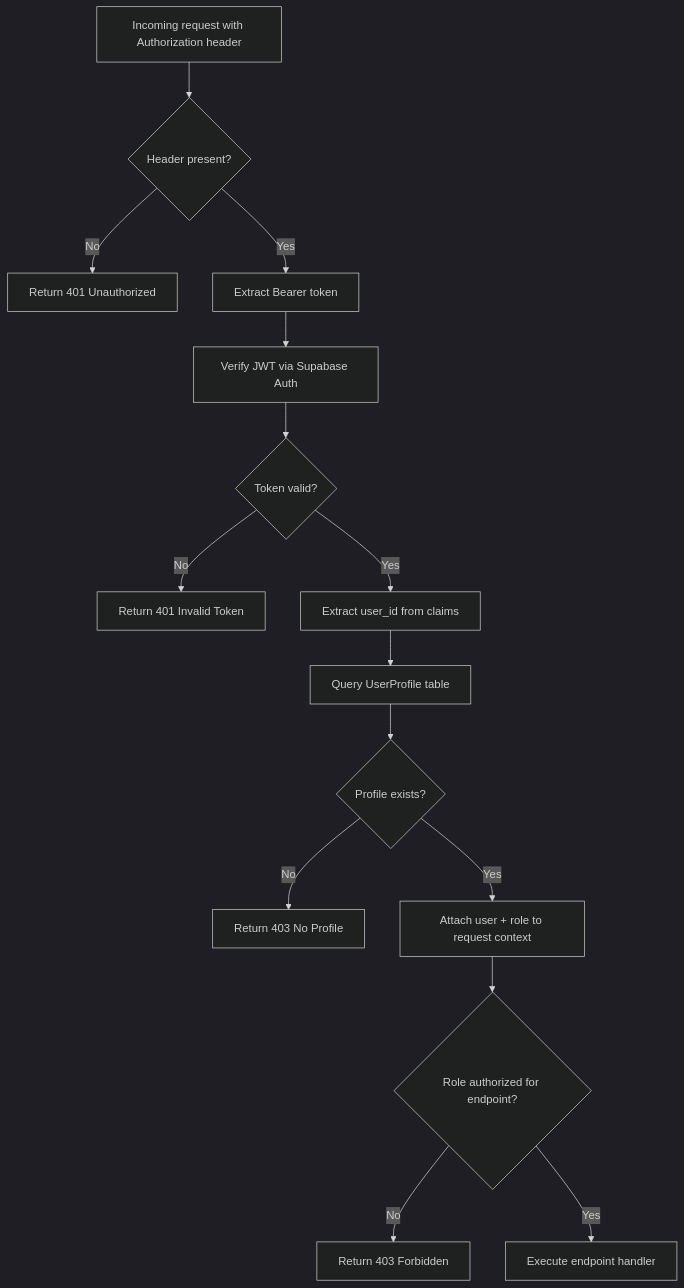
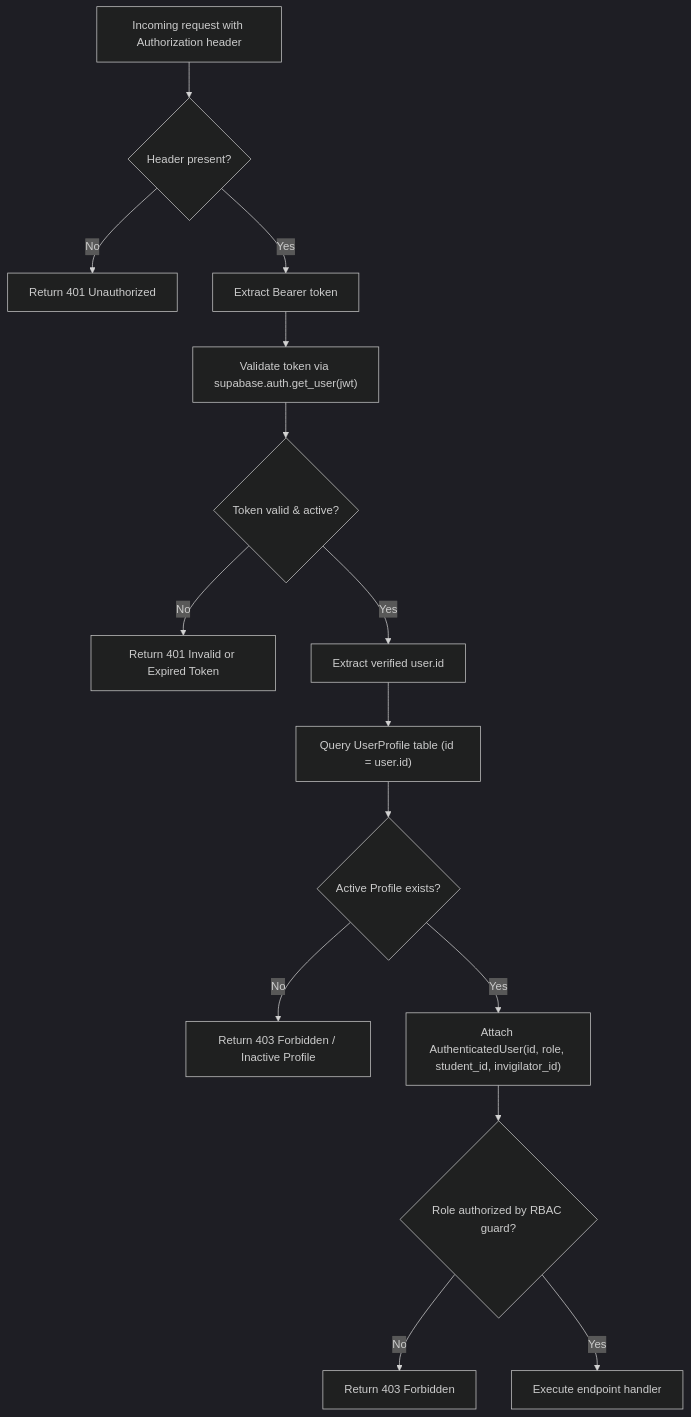
The third of 12 diagrams in docs/architecture.md (bogavivek15/ExamOps), drawn with Mermaid (dark theme) before and after one commit. The commit also changed other lines of this file and 25 other files, not shown here.

Commit message:
feat(phase-0): finalize architecture contracts, reconcile 26 entities, and establish autopilot memory

````diff
--- a/docs/architecture.md
+++ b/docs/architecture.md
@@ -375,17 +369,17 @@
 ```mermaid
 flowchart TD
     A["Incoming request with Authorization header"] --> B{"Header present?"}
     B -->|No| C["Return 401 Unauthorized"]
     B -->|Yes| D["Extract Bearer token"]
-    D --> E["Verify JWT via Supabase Auth"]
-    E --> F{"Token valid?"}
-    F -->|No| G["Return 401 Invalid Token"]
-    F -->|Yes| H["Extract user_id from claims"]
-    H --> I["Query UserProfile table"]
-    I --> J{"Profile exists?"}
-    J -->|No| K["Return 403 No Profile"]
-    J -->|Yes| L["Attach user + role to request context"]
-    L --> M{"Role authorized for endpoint?"}
+    D --> E["Validate token via supabase.auth.get_user(jwt)"]
+    E --> F{"Token valid & active?"}
+    F -->|No| G["Return 401 Invalid or Expired Token"]
+    F -->|Yes| H["Extract verified user.id"]
+    H --> I["Query UserProfile table (id = user.id)"]
+    I --> J{"Active Profile exists?"}
+    J -->|No| K["Return 403 Forbidden / Inactive Profile"]
+    J -->|Yes| L["Attach AuthenticatedUser(id, role, student_id, invigilator_id)"]
+    L --> M{"Role authorized by RBAC guard?"}
     M -->|No| N["Return 403 Forbidden"]
     M -->|Yes| O["Execute endpoint handler"]
 ```
````
